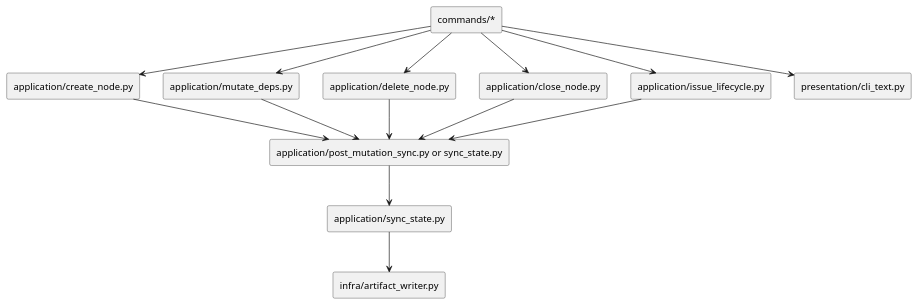
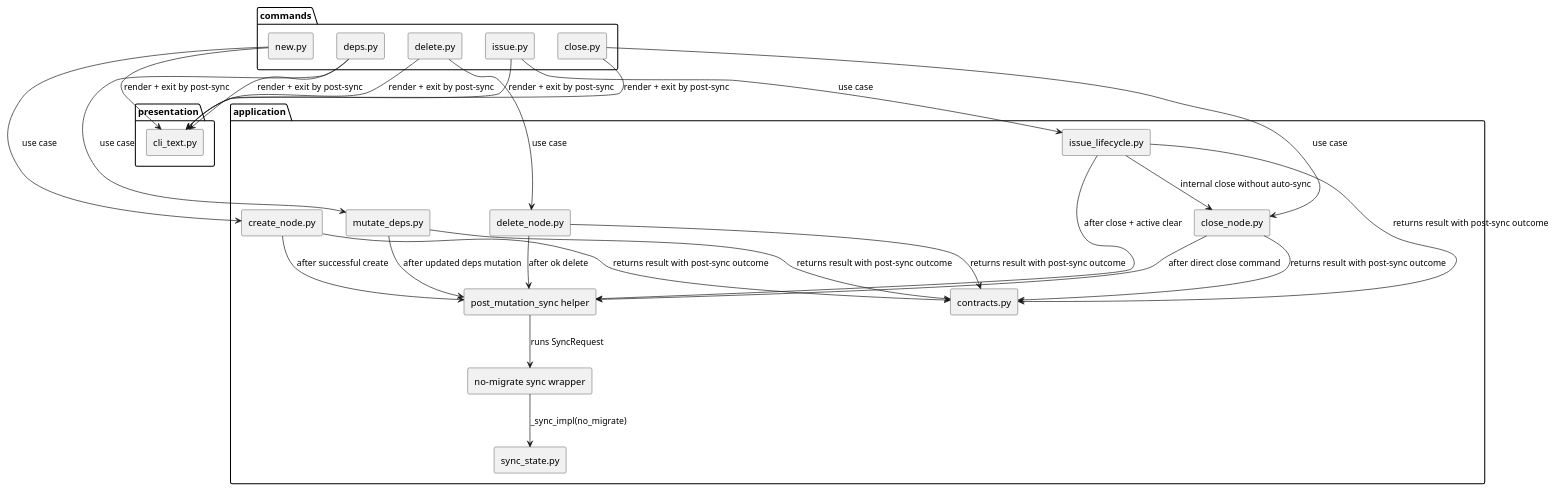
One commit to chemitaro/spec-dock changed the first of 3 diagrams in spec-dock/initiatives/init-local-00003-architecture-maintenance-and-hardening/epics/epic-00090-github-default-sync-contract/issues/iss-00093-automatic-sync-after-state-mutations/design.md. Above: the diagram before and after it, drawn with PlantUML. The commit also changed other lines of this file and 3 other files, not shown here.

````diff
--- a/spec-dock/initiatives/init-local-00003-architecture-maintenance-and-hardening/epics/epic-00090-github-default-sync-contract/issues/iss-00093-automatic-sync-after-state-mutations/design.md
+++ b/spec-dock/initiatives/init-local-00003-architecture-maintenance-and-hardening/epics/epic-00090-github-default-sync-contract/issues/iss-00093-automatic-sync-after-state-mutations/design.md
@@ -74,29 +129,56 @@
 ```plantuml
 @startuml
 top to bottom direction
-rectangle "commands/*" as Commands
-rectangle "application/create_node.py" as Create
-rectangle "application/mutate_deps.py" as Deps
-rectangle "application/delete_node.py" as Delete
-rectangle "application/close_node.py" as Close
-rectangle "application/issue_lifecycle.py" as Lifecycle
-rectangle "application/post_mutation_sync.py or sync_state.py" as PostSync
-rectangle "application/sync_state.py" as Sync
-rectangle "infra/artifact_writer.py" as Writer
-rectangle "presentation/cli_text.py" as CliText
 
-Commands --> Create
-Commands --> Deps
-Commands --> Delete
-Commands --> Close
-Commands --> Lifecycle
-Create --> PostSync
-Deps --> PostSync
-Delete --> PostSync
-Close --> PostSync
-Lifecycle --> PostSync
-PostSync --> Sync
-Sync --> Writer
-Commands --> CliText
+package "commands" {
+  rectangle "new.py" as CmdNew
+  rectangle "deps.py" as CmdDeps
+  rectangle "delete.py" as CmdDelete
+  rectangle "close.py" as CmdClose
+  rectangle "issue.py" as CmdIssue
+}
+
+package "application" {
+  rectangle "create_node.py" as Create
+  rectangle "mutate_deps.py" as Deps
+  rectangle "delete_node.py" as Delete
+  rectangle "close_node.py" as Close
+  rectangle "issue_lifecycle.py" as Lifecycle
+  rectangle "post_mutation_sync helper" as PostSync
+  rectangle "sync_state.py" as SyncState
+  rectangle "no-migrate sync wrapper" as NoMigrateSync
+  rectangle "contracts.py" as Contracts
+}
+
+package "presentation" {
+  rectangle "cli_text.py" as CliText
+}
+
+CmdNew --> Create : use case
+CmdDeps --> Deps : use case
+CmdDelete --> Delete : use case
+CmdClose --> Close : use case
+CmdIssue --> Lifecycle : use case
+
+Create --> PostSync : after successful create
+Deps --> PostSync : after updated deps mutation
+Delete --> PostSync : after ok delete
+Close --> PostSync : after direct close command
+Lifecycle --> Close : internal close without auto-sync
+Lifecycle --> PostSync : after close + active clear
+PostSync --> NoMigrateSync : runs SyncRequest
+NoMigrateSync --> SyncState : _sync_impl(no_migrate)
+
+Create --> Contracts : returns result with post-sync outcome
+Deps --> Contracts : returns result with post-sync outcome
+Delete --> Contracts : returns result with post-sync outcome
+Close --> Contracts : returns result with post-sync outcome
+Lifecycle --> Contracts : returns result with post-sync outcome
+
+CmdNew --> CliText : render + exit by post-sync
+CmdDeps --> CliText : render + exit by post-sync
+CmdDelete --> CliText : render + exit by post-sync
+CmdClose --> CliText : render + exit by post-sync
+CmdIssue --> CliText : render + exit by post-sync
 @enduml
 ```
````
